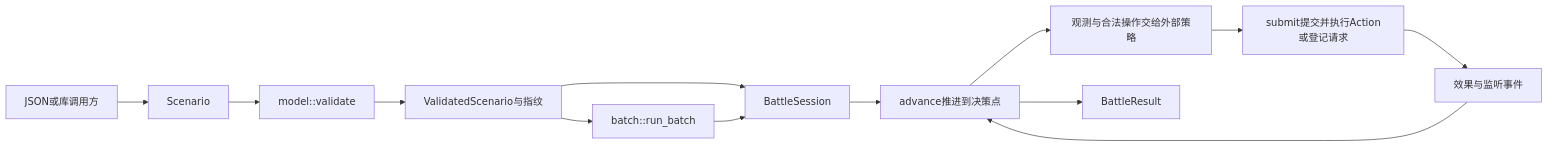
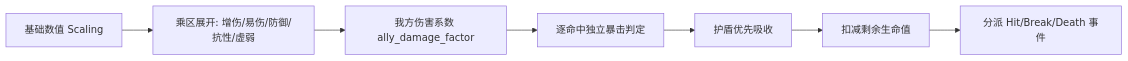
The third of 3 diagrams in docs/modules/battle-simulation/design.md (Sakura-Ex/Hyacimicon), drawn with Mermaid before and after one commit. The commit also changed other lines of this file and 13 other files, not shown here.

````diff
--- a/docs/modules/battle-simulation/design.md
+++ b/docs/modules/battle-simulation/design.md
@@ -57,15 +112,9 @@
 ```mermaid
 flowchart LR
-    A[JSON或库调用方] --> B[Scenario]
-    B --> C[model::validate]
-    C --> D[ValidatedScenario与指纹]
-    D --> E[BattleSession]
-    E --> F[advance推进到决策点]
-    F --> G[观测与合法操作交给外部策略]
-    G --> H[submit提交并执行Action或登记请求]
-    H --> I[效果与监听事件]
-    I --> F
-    F --> J[BattleResult]
-    D --> K[batch::run_batch]
-    K --> E
+    Base[基础数值 Scaling] --> Multipliers[乘区展开: 增伤/易伤/防御/抗性/虚弱]
+    Multipliers --> AllyFactor[我方伤害系数 ally_damage_factor]
+    AllyFactor --> CritRNG[逐命中独立暴击判定]
+    CritRNG --> Shield[护盾优先吸收]
+    Shield --> HP[扣减剩余生命值]
+    HP --> Events[分派 Hit/Break/Death 事件]
 ```
````
